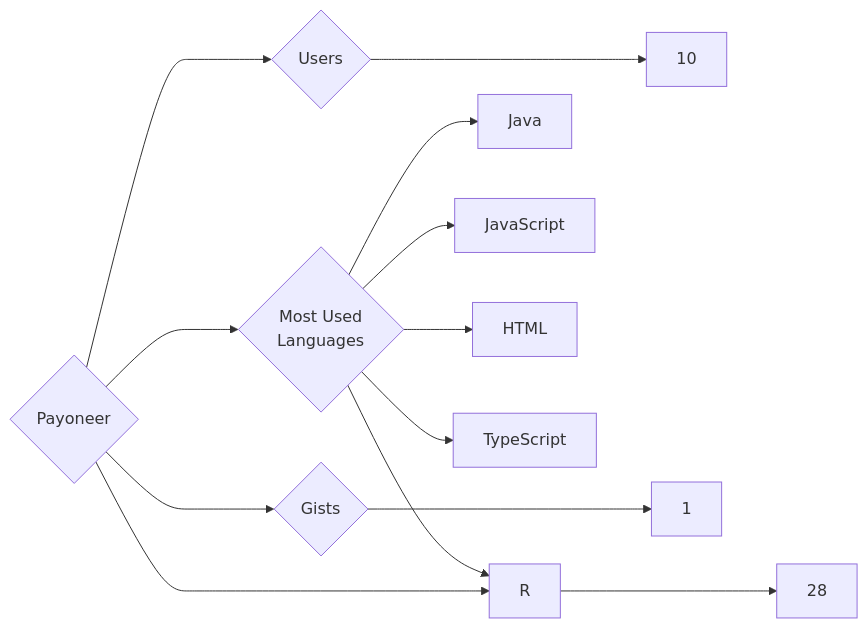
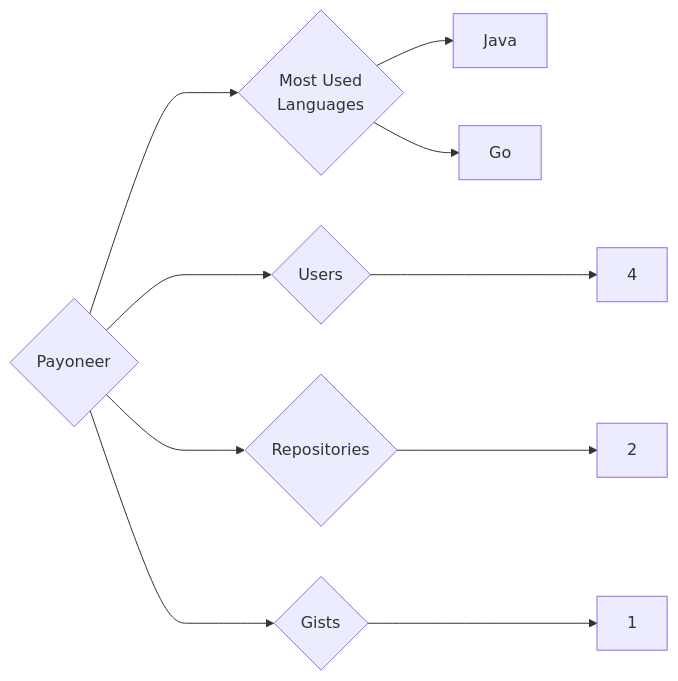
One commit to trickest/insiders changed the diagram in targets/Payoneer/README.md. Above: the diagram before and after it, drawn with Mermaid. The commit also changed 1484 other files, not shown here.

````diff
--- a/targets/Payoneer/README.md
+++ b/targets/Payoneer/README.md
@@ -3,13 +3,10 @@
 ```mermaid
 graph LR
 COMPANY_NAME{Payoneer}
-COMPANY_NAME ---> U{Users} ---> UN[10]
-COMPANY_NAME ---> R{Repositories} ---> RN[28]
+COMPANY_NAME ---> U{Users} ---> UN[4]
+COMPANY_NAME ---> R{Repositories} ---> RN[2]
 COMPANY_NAME ---> G{Gists} ---> GN[1]
 COMPANY_NAME ---> ML{Most Used<br>Languages}
 ML --> Java[Java]
-ML --> JavaScript[JavaScript]
-ML --> HTML[HTML]
-ML --> R[R]
-ML --> TypeScript[TypeScript]
+ML --> Go[Go]
 ```
````
